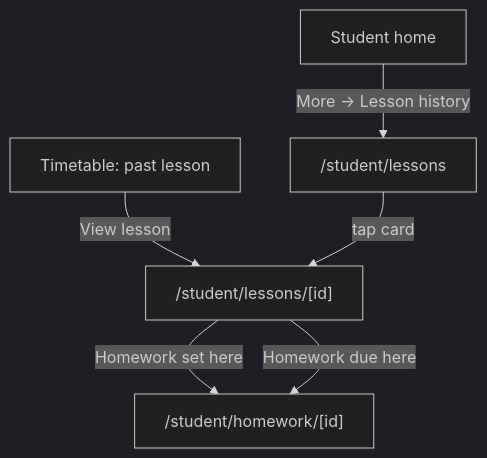
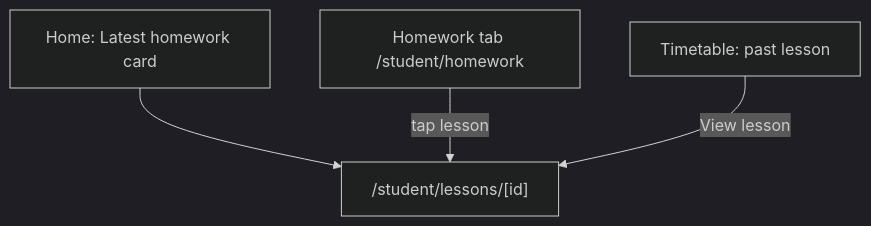
Before and after one commit to NoncommissionedRush/schoolmanager: the second of 2 diagrams in docs/design/lessons.md, drawn with Mermaid (dark theme). The commit also changed other lines of this file and 4 other files, not shown here.

````diff
--- a/docs/design/lessons.md
+++ b/docs/design/lessons.md
@@ -296,8 +248,6 @@
 ```mermaid
 flowchart TD
-  H[Student home] -->|More → Lesson history| L["/student/lessons"]
-  TT[Timetable: past lesson] -->|View lesson| D["/student/lessons/[id]"]
-  L -->|tap card| D
-  D -->|Homework set here| HW["/student/homework/[id]"]
-  D -->|Homework due here| HW
+  H[Home: Latest homework card] --> L["/student/lessons/[id]"]
+  HW["Homework tab /student/homework"] -->|tap lesson| L
+  TT[Timetable: past lesson] -->|View lesson| L
 ```
````
